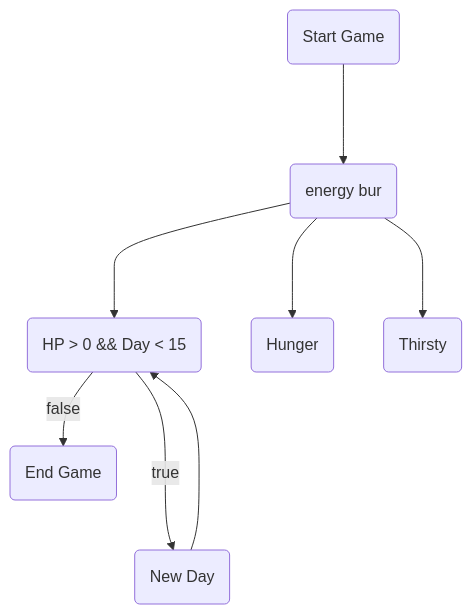
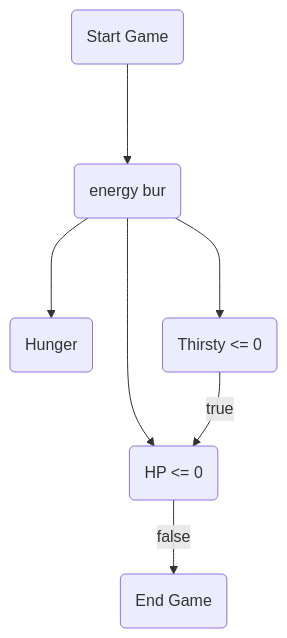
One commit to SSProgamer/C-Project changed the diagram in need me.md. Above: the diagram before and after it, drawn with Mermaid.

Commit message:
Update need me.md

````diff
--- a/need me.md
+++ b/need me.md
@@ -35,8 +35,8 @@
 ```mermaid
 flowchart TD
 start(Start Game) ---> stack(energy bur) --->hp
 stack(energy bur) --->Hunger(Hunger)
 stack(energy bur) --->Thirsty(Thirsty)
-hp(HP > 0 && Day < 15) --true--> day(New Day) ---> hp
-hp --false--> e(End Game)
+Thirsty(Thirsty <= 0) --true--> hp(hp-2)
+hp(HP <= 0) --false--> e(End Game)
 ```
````
